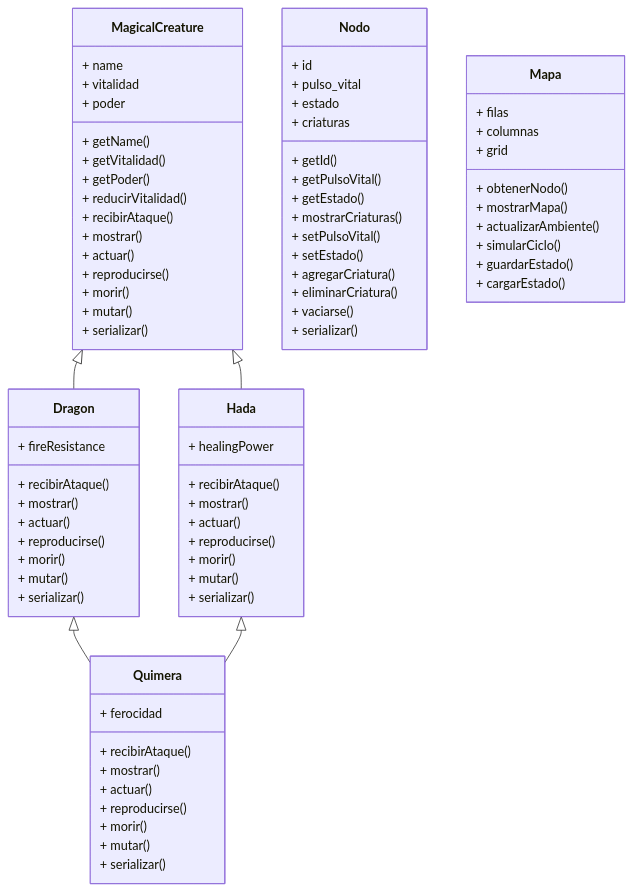
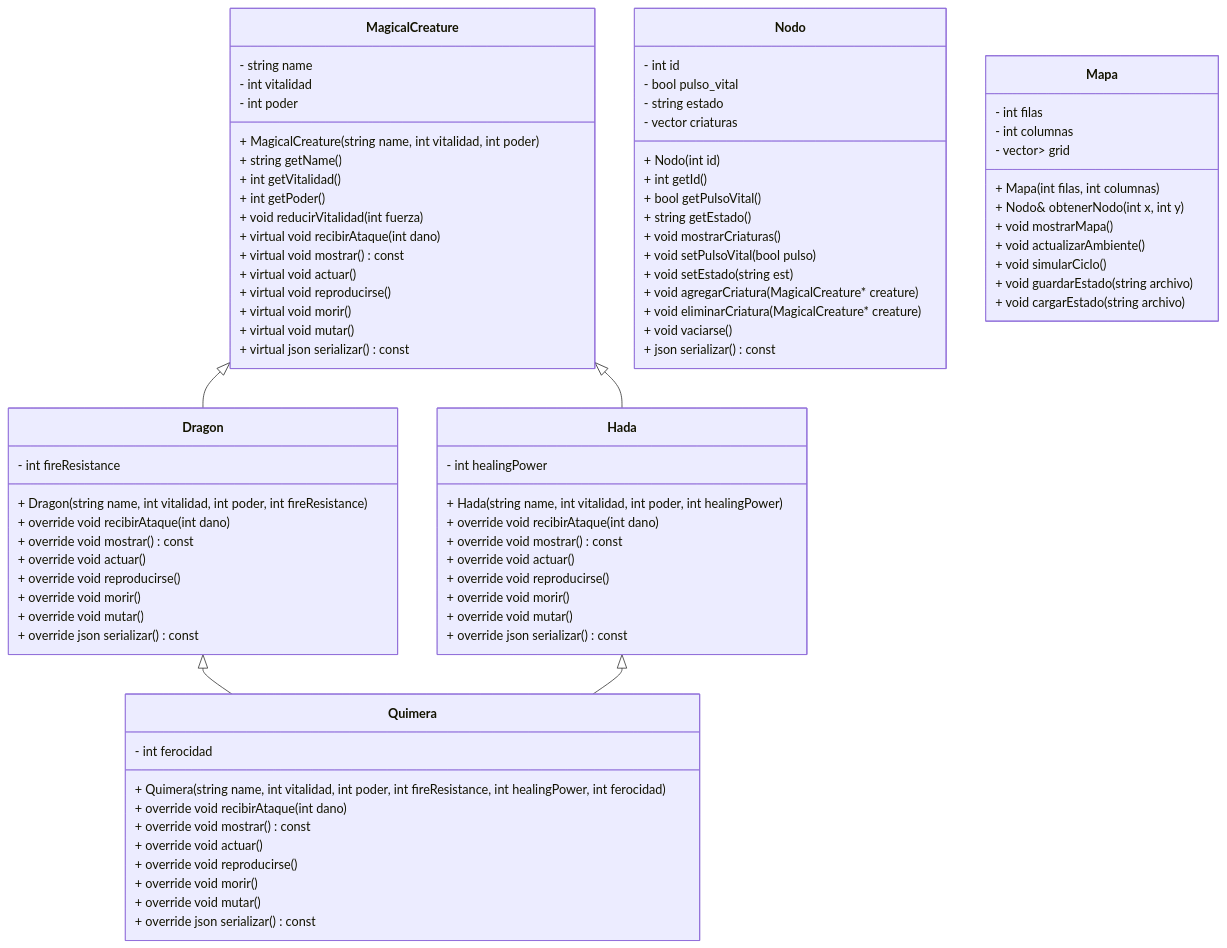
The diagram in Proyecto.md (SantiTGS/ULM), drawn with Mermaid before and after one commit.

```diff
--- a/Proyecto.md
+++ b/Proyecto.md
@@ -2,82 +2,88 @@
 classDiagram
 
 class MagicalCreature {
-    + name
-    + vitalidad
-    + poder
-    + getName()
-    + getVitalidad()
-    + getPoder()
-    + reducirVitalidad()
-    + recibirAtaque()
-    + mostrar()
-    + actuar()
-    + reproducirse()
-    + morir()
-    + mutar()
-    + serializar()
+    - string name
+    - int vitalidad
+    - int poder
+    + MagicalCreature(string name, int vitalidad, int poder)
+    + string getName()
+    + int getVitalidad()
+    + int getPoder()
+    + void reducirVitalidad(int fuerza)
+    + virtual void recibirAtaque(int dano)
+    + virtual void mostrar() const
+    + virtual void actuar()
+    + virtual void reproducirse()
+    + virtual void morir()
+    + virtual void mutar()
+    + virtual json serializar() const
 }
 
 class Dragon {
-    + fireResistance
-    + recibirAtaque()
-    + mostrar()
-    + actuar()
-    + reproducirse()
-    + morir()
-    + mutar()
-    + serializar()
+    - int fireResistance
+    + Dragon(string name, int vitalidad, int poder, int fireResistance)
+    + override void recibirAtaque(int dano)
+    + override void mostrar() const
+    + override void actuar()
+    + override void reproducirse()
+    + override void morir()
+    + override void mutar()
+    + override json serializar() const
 }
 
 class Hada {
-    + healingPower
-    + recibirAtaque()
-    + mostrar()
-    + actuar()
-    + reproducirse()
-    + morir()
-    + mutar()
-    + serializar()
+    - int healingPower
+    + Hada(string name, int vitalidad, int poder, int healingPower)
+    + override void recibirAtaque(int dano)
+    + override void mostrar() const
+    + override void actuar()
+    + override void reproducirse()
+    + override void morir()
+    + override void mutar()
+    + override json serializar() const
 }
 
 class Quimera {
-    + ferocidad
-    + recibirAtaque()
-    + mostrar()
-    + actuar()
-    + reproducirse()
-    + morir()
-    + mutar()
-    + serializar()
+    - int ferocidad
+    + Quimera(string name, int vitalidad, int poder, int fireResistance, int healingPower, int ferocidad)
+    + override void recibirAtaque(int dano)
+    + override void mostrar() const
+    + override void actuar()
+    + override void reproducirse()
+    + override void morir()
+    + override void mutar()
+    + override json serializar() const
 }
 
 class Nodo {
-    + id
-    + pulso_vital
-    + estado
-    + criaturas
-    + getId()
-    + getPulsoVital()
-    + getEstado()
-    + mostrarCriaturas()
-    + setPulsoVital()
-    + setEstado()
-    + agregarCriatura()
-    + eliminarCriatura()
-    + vaciarse()
-    + serializar()
+    - int id
+    - bool pulso_vital
+    - string estado
+    - vector<MagicalCreature*> criaturas
+    + Nodo(int id)
+    + int getId()
+    + bool getPulsoVital()
+    + string getEstado()
+    + void mostrarCriaturas()
+    + void setPulsoVital(bool pulso)
+    + void setEstado(string est)
+    + void agregarCriatura(MagicalCreature* creature)
+    + void eliminarCriatura(MagicalCreature* creature)
+    + void vaciarse()
+    + json serializar() const
 }
 
 class Mapa {
-    + filas
-    + columnas
-    + grid
-    + obtenerNodo()
-    + mostrarMapa()
-    + actualizarAmbiente()
-    + simularCiclo()
-    + guardarEstado()
-    + cargarEstado()
+    - int filas
+    - int columnas
+    - vector<vector<Nodo>> grid
+    + Mapa(int filas, int columnas)
+    + Nodo& obtenerNodo(int x, int y)
+    + void mostrarMapa()
+    + void actualizarAmbiente()
+    + void simularCiclo()
+    + void guardarEstado(string archivo)
+    + void cargarEstado(string archivo)
 }
 
 MagicalCreature <|-- Dragon
```
